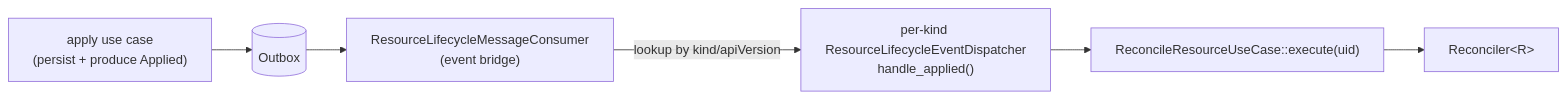
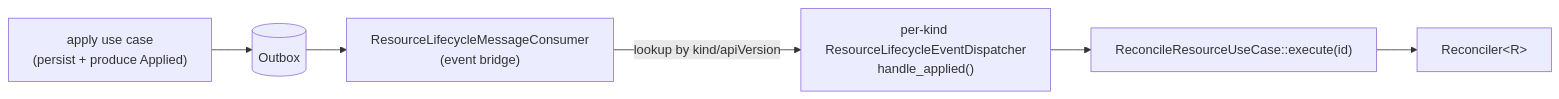
The sixth of 7 diagrams in docs/internal/resources-framework.md (kamu-data/kamu-cli), drawn with Mermaid before and after one commit. The commit also changed other lines of this file and 303 other files, not shown here.

Commit message:
ResourceUID => ResourceID (and related fields)

````diff
--- a/docs/internal/resources-framework.md
+++ b/docs/internal/resources-framework.md
@@ -854,8 +854,8 @@
 ```mermaid
 flowchart LR
     A["apply use case<br/>(persist + produce Applied)"] --> OB[("Outbox")]
     OB --> C["ResourceLifecycleMessageConsumer<br/>(event bridge)"]
     C -->|lookup by kind/apiVersion| D["per-kind ResourceLifecycleEventDispatcher<br/>handle_applied()"]
-    D --> R["ReconcileResourceUseCase::execute(uid)"]
+    D --> R["ReconcileResourceUseCase::execute(id)"]
     R --> Rec["Reconciler&lt;R&gt;"]
 ```
````
